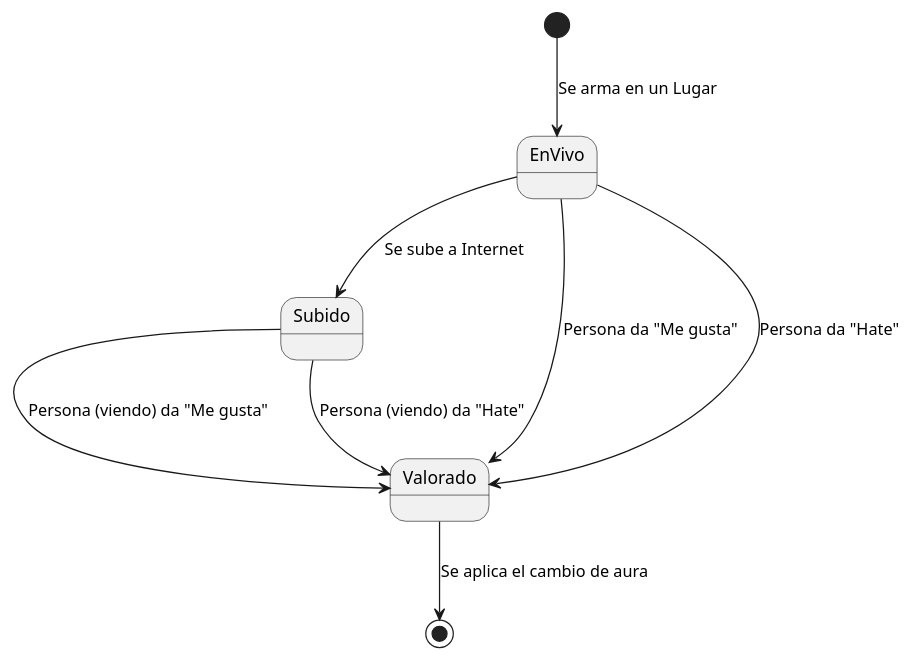
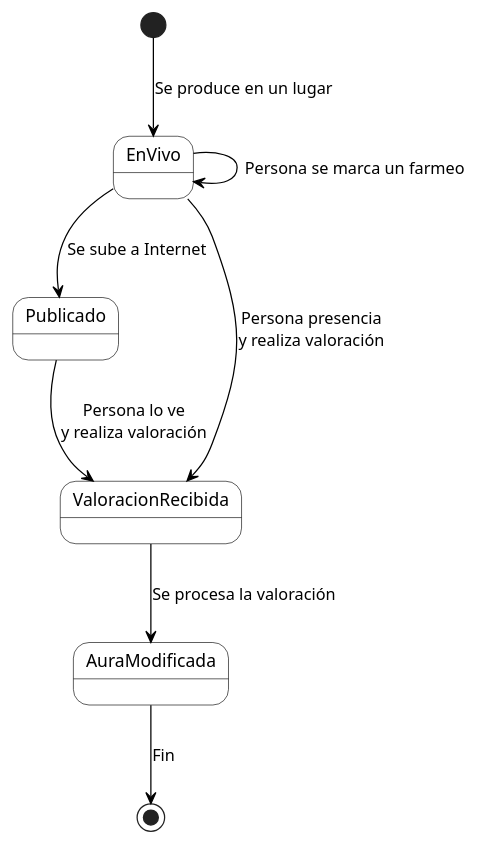
The diagram in entregas/zhenChao/src/reto-001/uml/aura/diagramaEstadoAura.puml (Angelo2272/26-27-idsw1), drawn with PlantUML before and after one commit.

Commit message:
fix:diagram de estados mejorado

```diff
--- a/entregas/zhenChao/src/reto-001/uml/aura/diagramaEstadoAura.puml
+++ b/entregas/zhenChao/src/reto-001/uml/aura/diagramaEstadoAura.puml
@@ -1,18 +1,25 @@
 @startuml
 skinparam monochrome true
+skinparam shadowing false
 
-[*] --> EnVivo : Se arma en un Lugar
+skinparam state {
+    BackgroundColor white
+    BorderColor black
+    ArrowColor black
+}
 
-EnVivo --> Subido : Se sube a Internet
+[*] --> EnVivo : Se produce en un lugar
 
+EnVivo --> EnVivo : Persona se marca un farmeo
 
-EnVivo --> Valorado : Persona da "Me gusta" 
-EnVivo --> Valorado : Persona da "Hate" 
+EnVivo --> Publicado : Se sube a Internet
 
+EnVivo --> ValoracionRecibida : Persona presencia\ny realiza valoración
 
-Subido --> Valorado : Persona (viendo) da "Me gusta" 
-Subido --> Valorado : Persona (viendo) da "Hate" 
+Publicado --> ValoracionRecibida : Persona lo ve\ny realiza valoración
 
-Valorado --> [*] : Se aplica el cambio de aura
+ValoracionRecibida --> AuraModificada : Se procesa la valoración
+
+AuraModificada --> [*] : Fin
 
 @enduml
```
